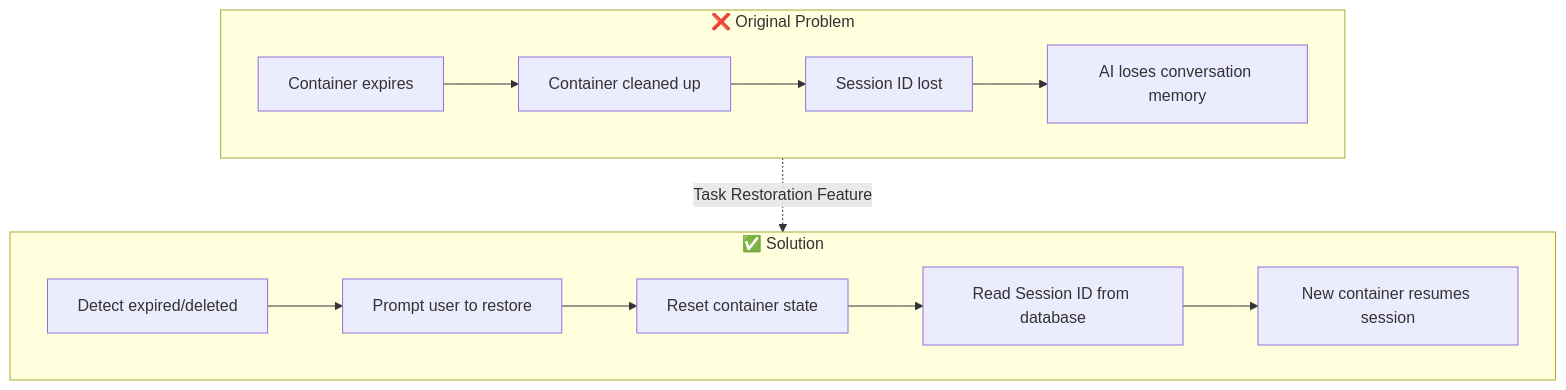
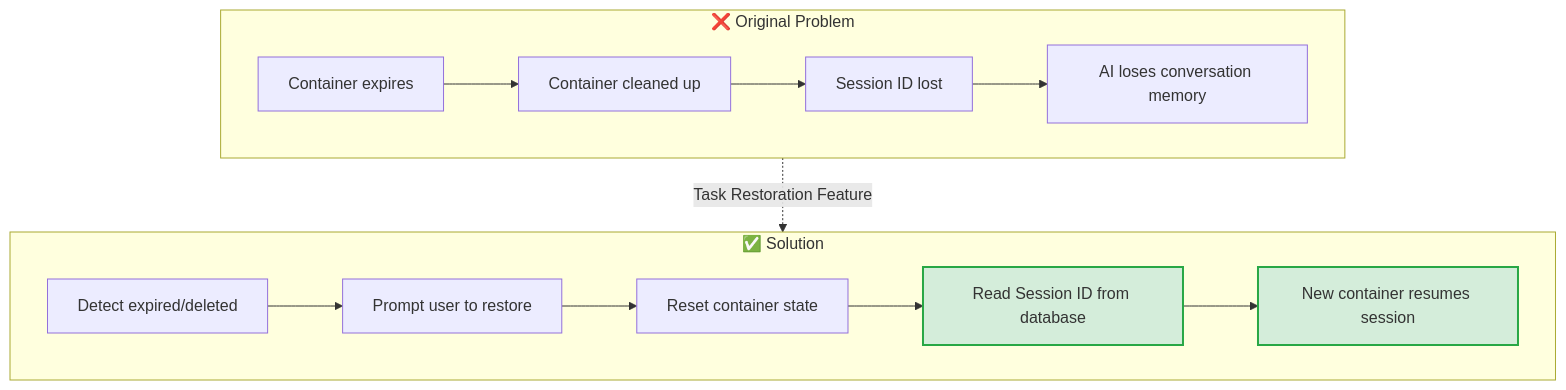
The first of 8 diagrams in docs/en/features/task-restore.md (sunnights/Wegent), drawn with Mermaid before and after one commit. The commit also changed other lines of this file and 1 other file, not shown here.

First line of the commit message:
docs: highlight new features in Mermaid diagrams with green styling

````diff
--- a/docs/en/features/task-restore.md
+++ b/docs/en/features/task-restore.md
@@ -23,17 +23,19 @@
 ```mermaid
 flowchart TB
     subgraph Problem["❌ Original Problem"]
         A[Container expires] --> B[Container cleaned up]
         B --> C[Session ID lost]
         C --> D[AI loses conversation memory]
     end
 
     subgraph Solution["✅ Solution"]
         E[Detect expired/deleted] --> F[Prompt user to restore]
         F --> G[Reset container state]
-        G --> H[Read Session ID from database]
-        H --> I[New container resumes session]
+        G --> H[Read Session ID from database]:::new
+        H --> I[New container resumes session]:::new
     end
 
     Problem -.->|Task Restoration Feature| Solution
+
+    classDef new fill:#d4edda,stroke:#28a745,stroke-width:2px
 ```
````
